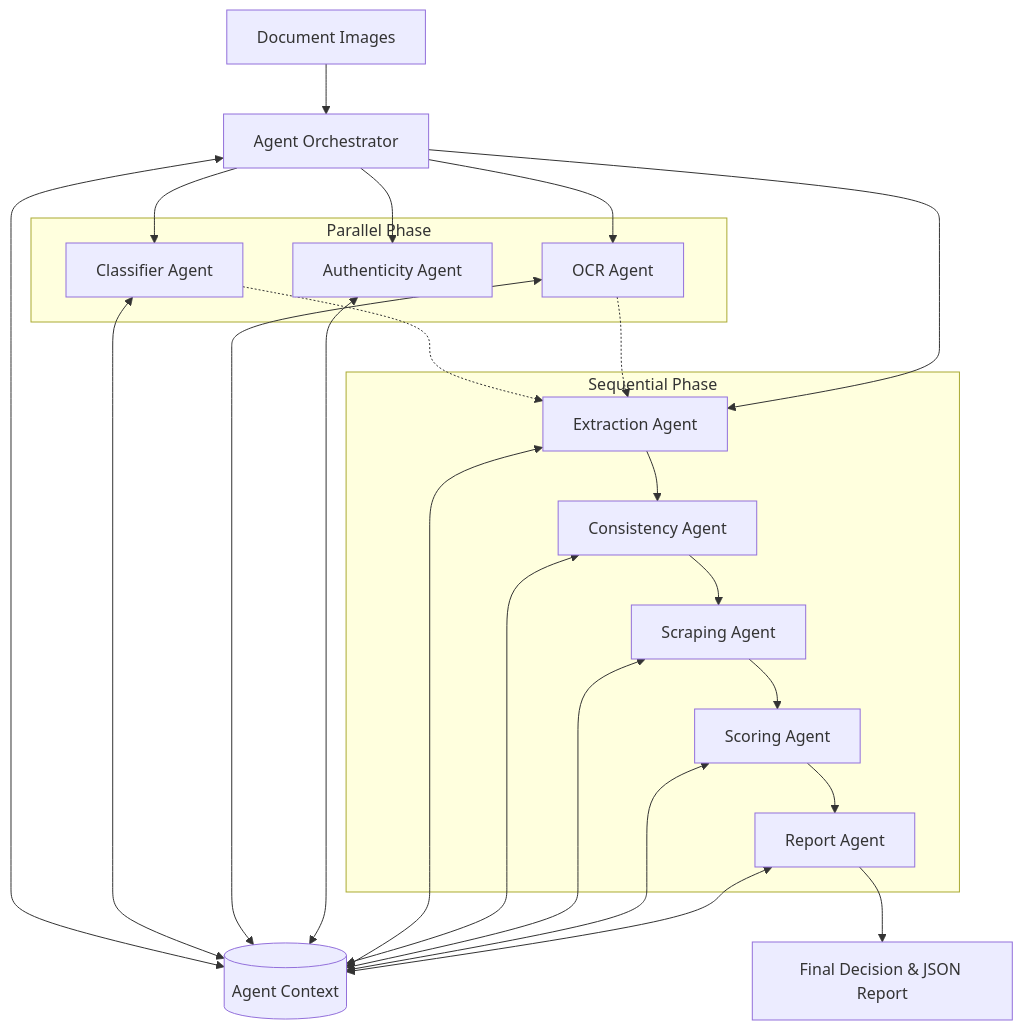
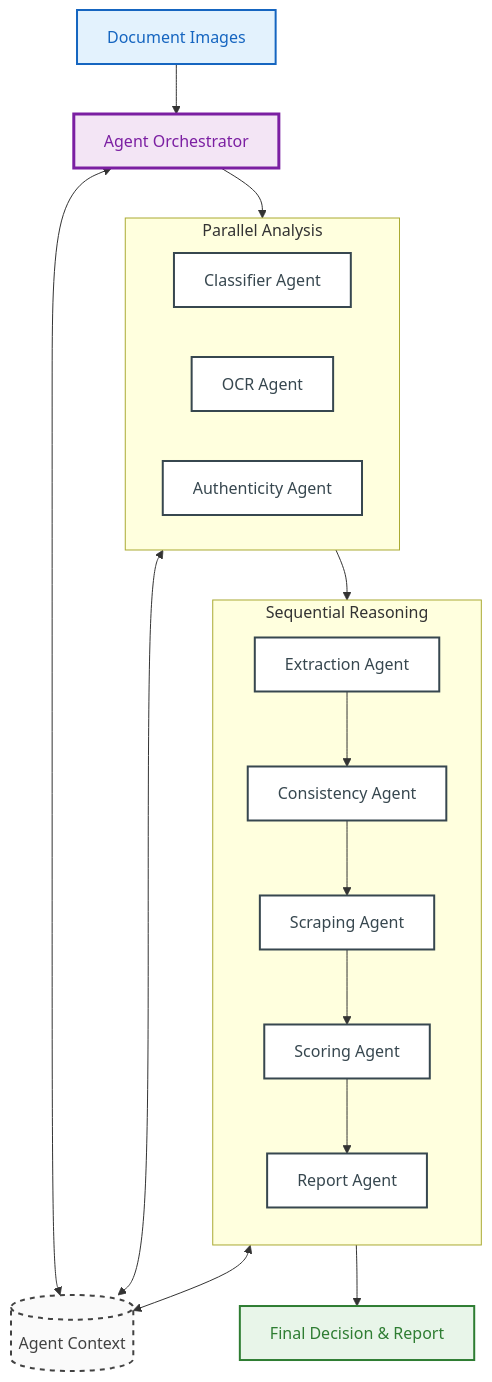
One commit to Corsairs-Bejaia/Meayer-AI changed the diagram in docs/system_architecture_diagram.md. Above: the diagram before and after it, drawn with Mermaid. The commit also changed other lines of this file and 3 other files, not shown here.

Commit message:
docs: refine system architecture diagram with enhanced styling and detailed agent phase documentation

````diff
--- a/docs/system_architecture_diagram.md
+++ b/docs/system_architecture_diagram.md
@@ -5,41 +5,47 @@
 ```mermaid
 graph TD
     %% Input
-    Input[Document Images] --> O[Agent Orchestrator]
+    Input[Document Images]:::input --> O[Agent Orchestrator]:::core
 
     %% Shared Context
-    O <--> Context[(Agent Context)]
+    O <--> Context[(Agent Context)]:::context
 
     %% Parallel Execution
-    subgraph Parallel Phase
-        A1[Classifier Agent]
-        A2[OCR Agent]
-        A4[Authenticity Agent]
+    subgraph ParallelPhase [Parallel Analysis]
+        direction LR
+        A1[Classifier Agent]:::agent
+        A2[OCR Agent]:::agent
+        A4[Authenticity Agent]:::agent
     end
     
-    O --> A1 & A2 & A4
-    A1 & A2 & A4 <--> Context
+    O --> ParallelPhase
+    ParallelPhase <--> Context
 
     %% Sequential Reasoning
-    subgraph Sequential Phase
-        A3[Extraction Agent]
-        A5[Consistency Agent]
-        A7[Scraping Agent]
-        A6[Scoring Agent]
-        A8[Report Agent]
+    subgraph SequentialPhase [Sequential Reasoning]
+        direction TB
+        A3[Extraction Agent]:::agent
+        A5[Consistency Agent]:::agent
+        A7[Scraping Agent]:::agent
+        A6[Scoring Agent]:::agent
+        A8[Report Agent]:::agent
     end
 
-    A1 -.-> A3
-    A2 -.-> A3
-    
-    O --> A3
+    ParallelPhase --> A3
     A3 --> A5
     A5 --> A7
     A7 --> A6
     A6 --> A8
 
-    A3 & A5 & A7 & A6 & A8 <--> Context
+    SequentialPhase <--> Context
 
     %% Output
-    A8 --> Output[Final Decision & JSON Report]
+    A8 --> Output[Final Decision & Report]:::output
+
+    %% Styles
+    classDef input fill:#e3f2fd,stroke:#1565c0,stroke-width:2px,color:#1565c0
+    classDef core fill:#f3e5f5,stroke:#7b1fa2,stroke-width:3px,color:#7b1fa2
+    classDef context fill:#fafafa,stroke:#424242,stroke-width:2px,color:#424242,stroke-dasharray: 5 5
+    classDef agent fill:#ffffff,stroke:#37474f,stroke-width:2px,color:#37474f
+    classDef output fill:#e8f5e9,stroke:#2e7d32,stroke-width:2px,color:#2e7d32
 ```
````
